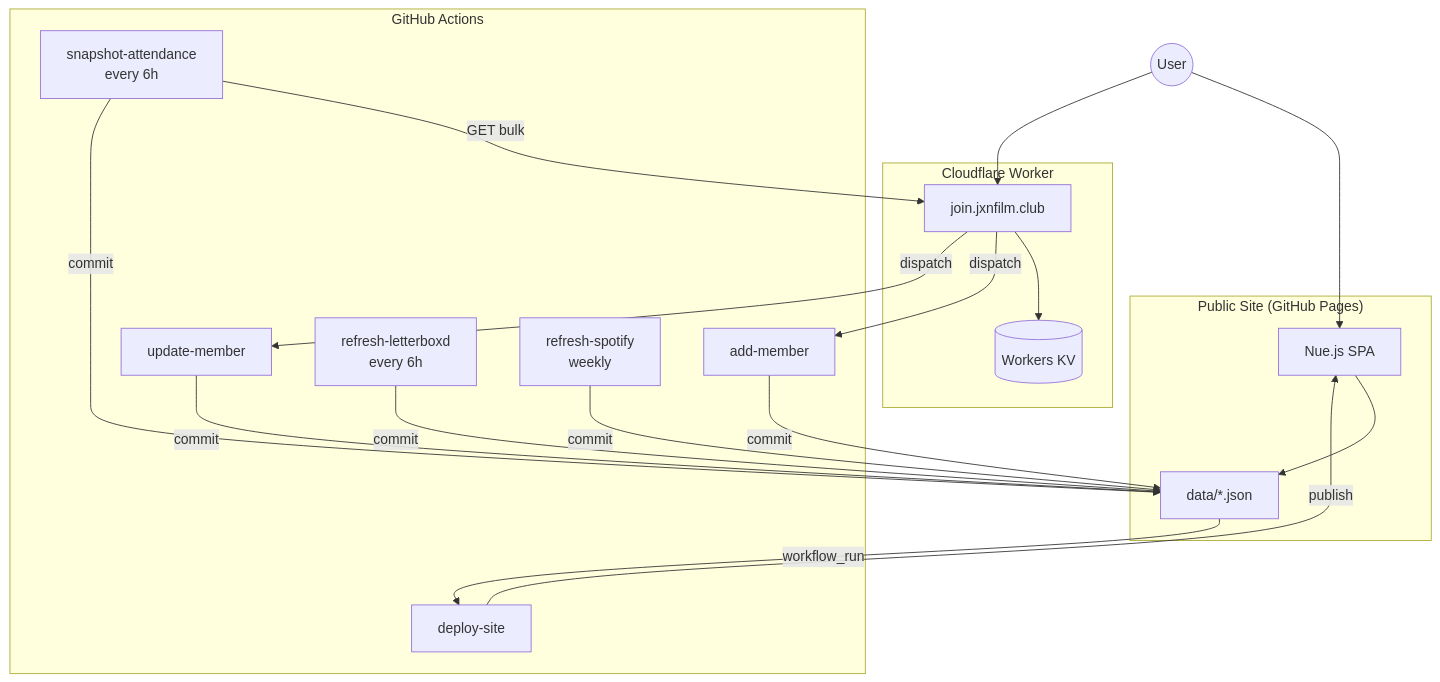
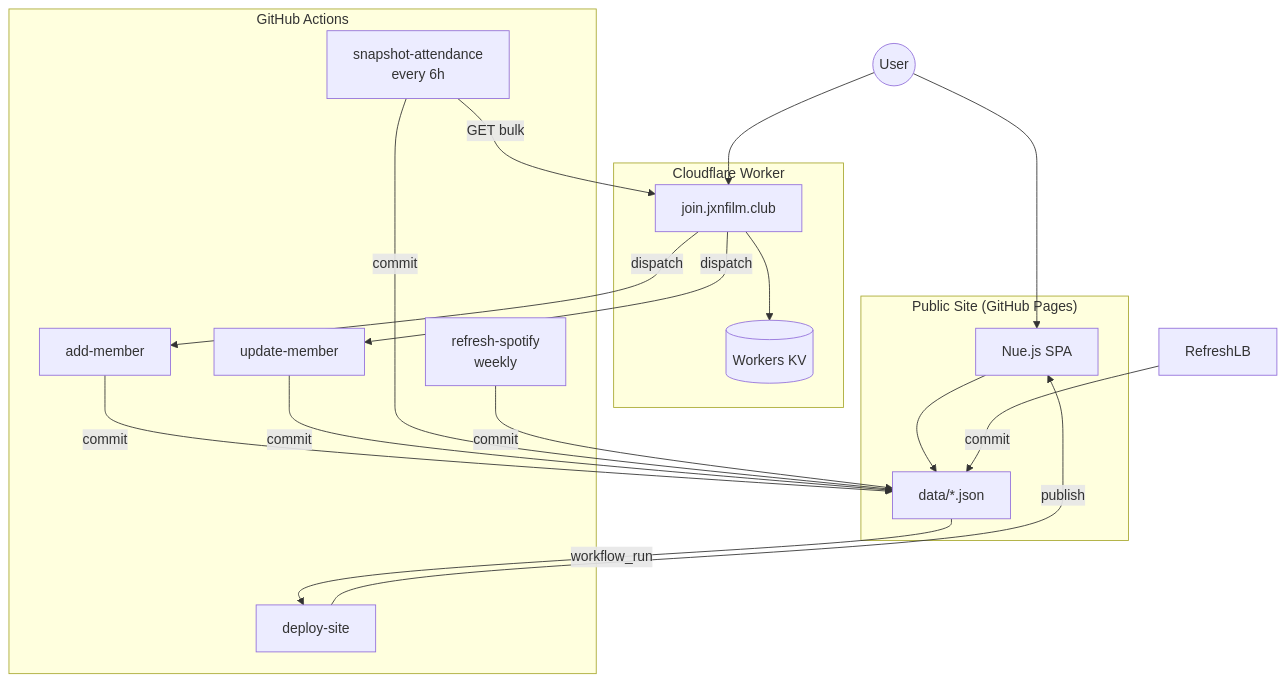
The diagram in docs/features/README.md (michaellambgelo/jxnfilmclub), drawn with Mermaid before and after one commit. The commit also changed 21 other files, not shown here.

````diff
--- a/docs/features/README.md
+++ b/docs/features/README.md
@@ -28,32 +28,31 @@
 ```mermaid
 flowchart TB
     subgraph Public["Public Site (GitHub Pages)"]
         SPA[Nue.js SPA]
         Data[data/*.json]
     end
 
     subgraph Worker["Cloudflare Worker"]
         API[join.jxnfilm.club]
         KV[(Workers KV)]
     end
 
     subgraph Pipelines["GitHub Actions"]
         AddMember[add-member]
         UpdateMember[update-member]
         SnapshotAttend[snapshot-attendance<br/>every 6h]
-        RefreshLB[refresh-letterboxd<br/>every 6h]
         RefreshSpotify[refresh-spotify<br/>weekly]
         Deploy[deploy-site]
     end
 
     User((User)) --> SPA
     User --> API
     SPA --> Data
     API --> KV
     API -->|dispatch| AddMember & UpdateMember
     SnapshotAttend -->|GET bulk| API
     AddMember & UpdateMember & SnapshotAttend -->|commit| Data
     RefreshLB & RefreshSpotify -->|commit| Data
     Data -->|workflow_run| Deploy
     Deploy -->|publish| SPA
 ```
````
